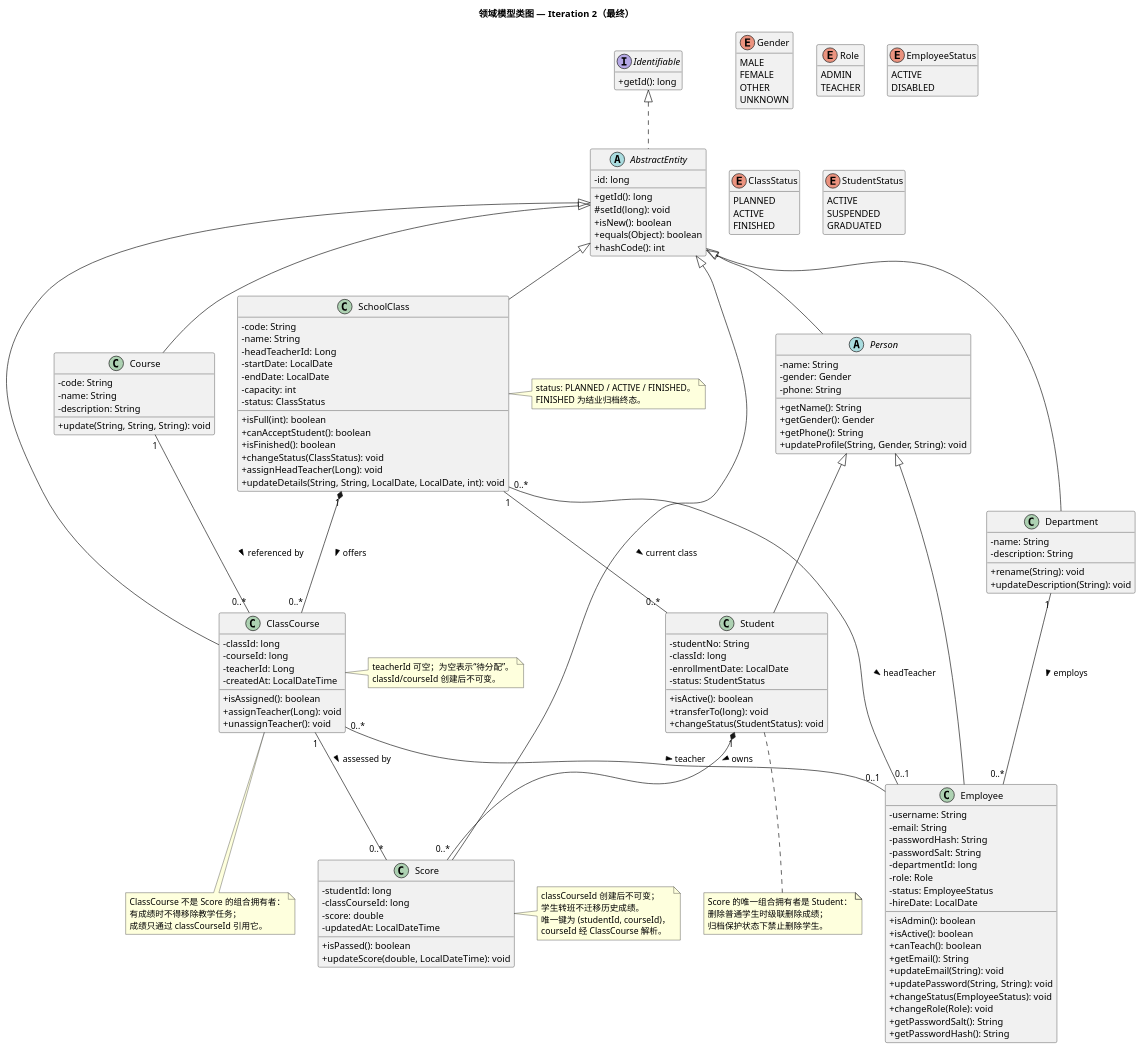
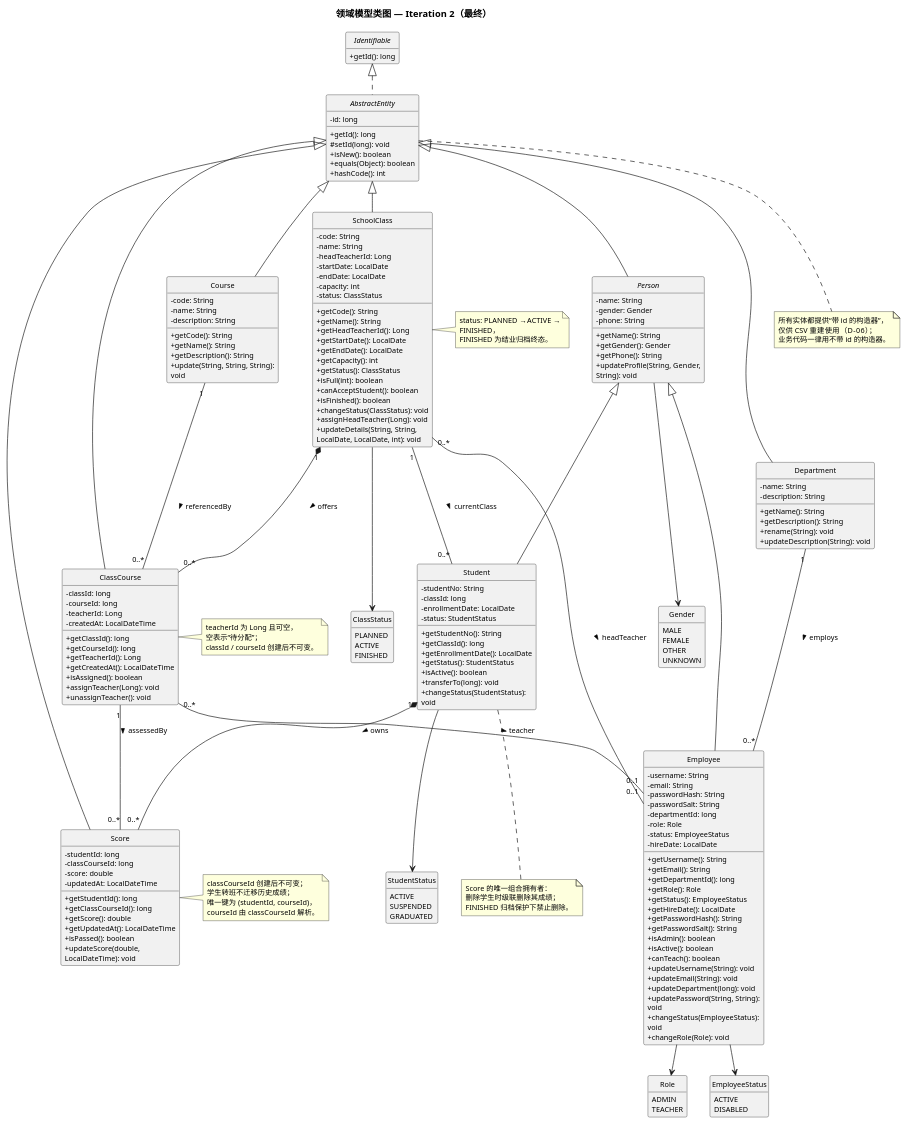
Before and after one commit to 382479637/Black-horse-Intelligent-Learning-Auxiliary-System: the diagram in docs/design/iterations/iteration-2/diagrams/class-domain-iteration-2.puml, drawn with PlantUML. The commit also changed 11 other files, not shown here.

First line of the commit message:
Redraw final Iteration-2 class diagrams and use case diagram

```diff
--- a/docs/design/iterations/iteration-2/diagrams/class-domain-iteration-2.puml
+++ b/docs/design/iterations/iteration-2/diagrams/class-domain-iteration-2.puml
@@ -1,7 +1,14 @@
 @startuml
 title 领域模型类图 — Iteration 2（最终）
 skinparam classAttributeIconSize 0
+skinparam defaultFontName "Microsoft YaHei"
+skinparam defaultFontSize 11
+skinparam wrapWidth 180
+skinparam nodesep 35
+skinparam ranksep 45
 hide empty members
+hide circle
+top to bottom direction
 
 interface Identifiable {
   + getId(): long
@@ -35,16 +42,23 @@
   - role: Role
   - status: EmployeeStatus
   - hireDate: LocalDate
+  + getUsername(): String
+  + getEmail(): String
+  + getDepartmentId(): long
+  + getRole(): Role
+  + getStatus(): EmployeeStatus
+  + getHireDate(): LocalDate
+  + getPasswordHash(): String
+  + getPasswordSalt(): String
   + isAdmin(): boolean
   + isActive(): boolean
   + canTeach(): boolean
-  + getEmail(): String
+  + updateUsername(String): void
   + updateEmail(String): void
+  + updateDepartment(long): void
   + updatePassword(String, String): void
   + changeStatus(EmployeeStatus): void
   + changeRole(Role): void
-  + getPasswordSalt(): String
-  + getPasswordHash(): String
 }
 
 class Student extends Person {
@@ -52,6 +66,10 @@
   - classId: long
   - enrollmentDate: LocalDate
   - status: StudentStatus
+  + getStudentNo(): String
+  + getClassId(): long
+  + getEnrollmentDate(): LocalDate
+  + getStatus(): StudentStatus
   + isActive(): boolean
   + transferTo(long): void
   + changeStatus(StudentStatus): void
@@ -60,6 +78,8 @@
 class Department extends AbstractEntity {
   - name: String
   - description: String
+  + getName(): String
+  + getDescription(): String
   + rename(String): void
   + updateDescription(String): void
 }
@@ -68,6 +88,9 @@
   - code: String
   - name: String
   - description: String
+  + getCode(): String
+  + getName(): String
+  + getDescription(): String
   + update(String, String, String): void
 }
 
@@ -79,6 +102,13 @@
   - endDate: LocalDate
   - capacity: int
   - status: ClassStatus
+  + getCode(): String
+  + getName(): String
+  + getHeadTeacherId(): Long
+  + getStartDate(): LocalDate
+  + getEndDate(): LocalDate
+  + getCapacity(): int
+  + getStatus(): ClassStatus
   + isFull(int): boolean
   + canAcceptStudent(): boolean
   + isFinished(): boolean
@@ -92,6 +122,10 @@
   - courseId: long
   - teacherId: Long
   - createdAt: LocalDateTime
+  + getClassId(): long
+  + getCourseId(): long
+  + getTeacherId(): Long
+  + getCreatedAt(): LocalDateTime
   + isAssigned(): boolean
   + assignTeacher(Long): void
   + unassignTeacher(): void
@@ -102,6 +136,10 @@
   - classCourseId: long
   - score: double
   - updatedAt: LocalDateTime
+  + getStudentId(): long
+  + getClassCourseId(): long
+  + getScore(): double
+  + getUpdatedAt(): LocalDateTime
   + isPassed(): boolean
   + updateScore(double, LocalDateTime): void
 }
@@ -135,44 +173,50 @@
   GRADUATED
 }
 
-' 多重性读法：左端描述右侧实例可关联的左侧实例数；
-' 右端描述左侧实例可关联的右侧实例数。
+' 多重性读法：左端数字描述右侧对象可关联的左侧对象数量，右端数字反之
 Department "1" -- "0..*" Employee : employs >
 SchoolClass "0..*" -- "0..1" Employee : headTeacher >
 ClassCourse "0..*" -- "0..1" Employee : teacher >
 
 SchoolClass "1" *-- "0..*" ClassCourse : offers >
-Course "1" -- "0..*" ClassCourse : referenced by >
-SchoolClass "1" -- "0..*" Student : current class >
+Course "1" -- "0..*" ClassCourse : referencedBy >
+SchoolClass "1" -- "0..*" Student : currentClass >
 Student "1" *-- "0..*" Score : owns >
-ClassCourse "1" -- "0..*" Score : assessed by >
+ClassCourse "1" -- "0..*" Score : assessedBy >
+
+Employee --> Role
+Employee --> EmployeeStatus
+Person --> Gender
+Student --> StudentStatus
+SchoolClass --> ClassStatus
 
 note right of ClassCourse
-  teacherId 可空；为空表示“待分配”。
-  classId/courseId 创建后不可变。
+  teacherId 为 Long 且可空，
+  空表示“待分配”；
+  classId / courseId 创建后不可变。
 end note
 
 note right of Score
   classCourseId 创建后不可变；
-  学生转班不迁移历史成绩。
+  学生转班不迁移历史成绩；
   唯一键为 (studentId, courseId)，
-  courseId 经 ClassCourse 解析。
+  courseId 由 classCourseId 解析。
 end note
 
 note bottom of Student
-  Score 的唯一组合拥有者是 Student：
-  删除普通学生时级联删除成绩；
-  归档保护状态下禁止删除学生。
+  Score 的唯一组合拥有者：
+  删除学生时级联删除其成绩；
+  FINISHED 归档保护下禁止删除。
 end note
 
-note bottom of ClassCourse
-  ClassCourse 不是 Score 的组合拥有者：
-  有成绩时不得移除教学任务；
-  成绩只通过 classCourseId 引用它。
+note bottom of AbstractEntity
+  所有实体都提供“带 id 的构造器”，
+  仅供 CSV 重建使用（D-06）；
+  业务代码一律用不带 id 的构造器。
 end note
 
 note right of SchoolClass
-  status: PLANNED / ACTIVE / FINISHED。
+  status: PLANNED → ACTIVE → FINISHED，
   FINISHED 为结业归档终态。
 end note
 
```
